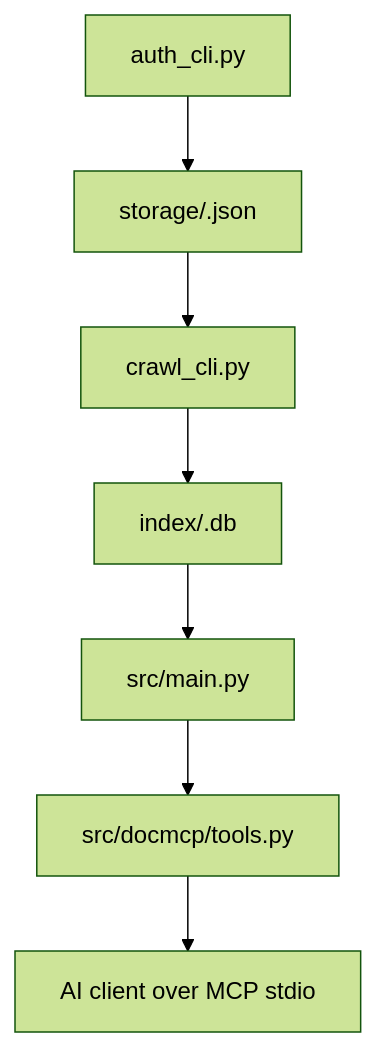
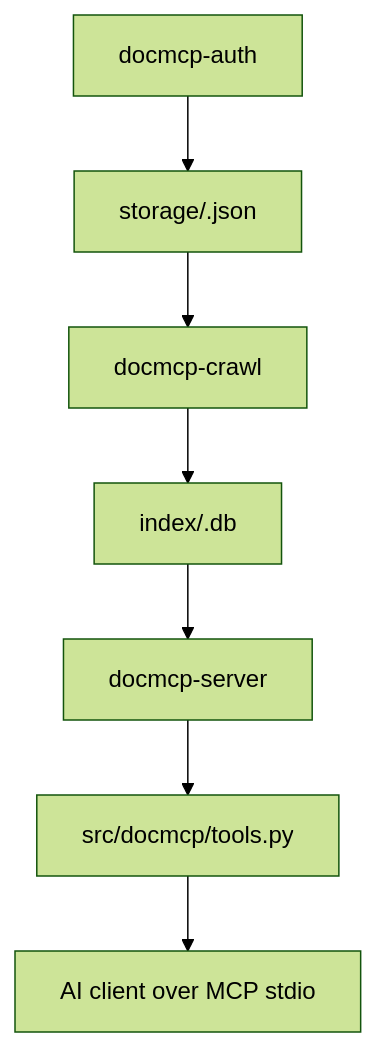
The diagram in documentation/overview.md (veep2012/doc_mcp), drawn with Mermaid (forest theme) before and after one commit. The commit also changed other lines of this file and 10 other files, not shown here.

````diff
--- a/documentation/overview.md
+++ b/documentation/overview.md
@@ -27,9 +28,9 @@
 ```mermaid
 flowchart TD
-  A["auth_cli.py"] --> B["storage/<site>.json"]
-  B --> C["crawl_cli.py"]
+  A["docmcp-auth"] --> B["storage/<site>.json"]
+  B --> C["docmcp-crawl"]
   C --> D["index/<site>.db"]
-  D --> E["src/main.py"]
+  D --> E["docmcp-server"]
   E --> F["src/docmcp/tools.py"]
   F --> G["AI client over MCP stdio"]
 ```
````
